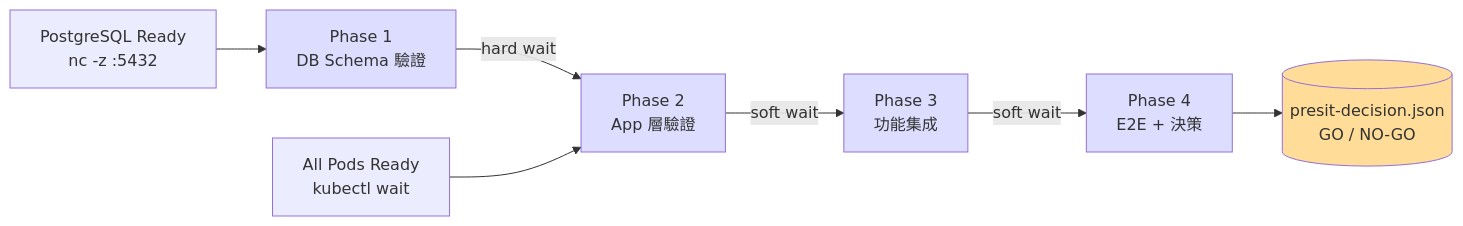
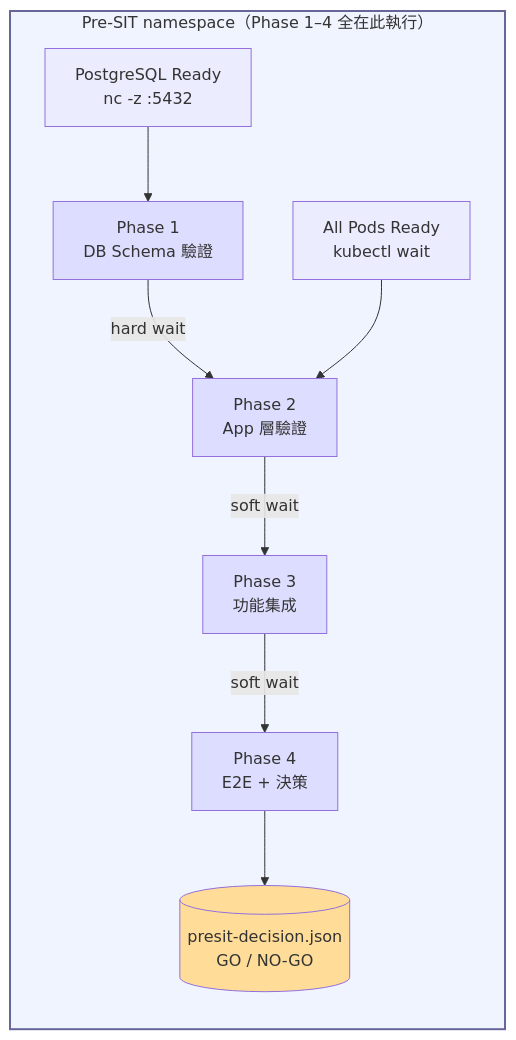
The third of 16 diagrams in README.md (ChunPingWang/pre-site-tutorial), drawn with Mermaid before and after one commit. The commit also changed other lines of this file, not shown here.

First line of the commit message:
docs(readme): §1.2 與 §2.2 明確標示 Phase 1-4 屬於 Pre-SIT

````diff
--- a/README.md
+++ b/README.md
@@ -117,15 +122,18 @@
 ```mermaid
 graph LR
-    DB["PostgreSQL Ready<br/>nc -z :5432"] --> P1["Phase 1<br/>DB Schema 驗證"]
-    P1 -->|hard wait| P2["Phase 2<br/>App 層驗證"]
-    APP["All Pods Ready<br/>kubectl wait"] --> P2
-    P2 -->|soft wait| P3["Phase 3<br/>功能集成"]
-    P3 -->|soft wait| P4["Phase 4<br/>E2E + 決策"]
-    P4 --> R[("presit-decision.json<br/>GO / NO-GO")]
+    subgraph PRESIT["Pre-SIT namespace（Phase 1–4 全在此執行）"]
+        DB["PostgreSQL Ready<br/>nc -z :5432"] --> P1["Phase 1<br/>DB Schema 驗證"]
+        P1 -->|hard wait| P2["Phase 2<br/>App 層驗證"]
+        APP["All Pods Ready<br/>kubectl wait"] --> P2
+        P2 -->|soft wait| P3["Phase 3<br/>功能集成"]
+        P3 -->|soft wait| P4["Phase 4<br/>E2E + 決策"]
+        P4 --> R[("presit-decision.json<br/>GO / NO-GO")]
+    end
 
+    style PRESIT fill:#f0f4ff,stroke:#669,stroke-width:2px
     style P1 fill:#ddf
     style P2 fill:#ddf
     style P3 fill:#ddf
     style P4 fill:#ddf
     style R fill:#fd9
 ```
````
